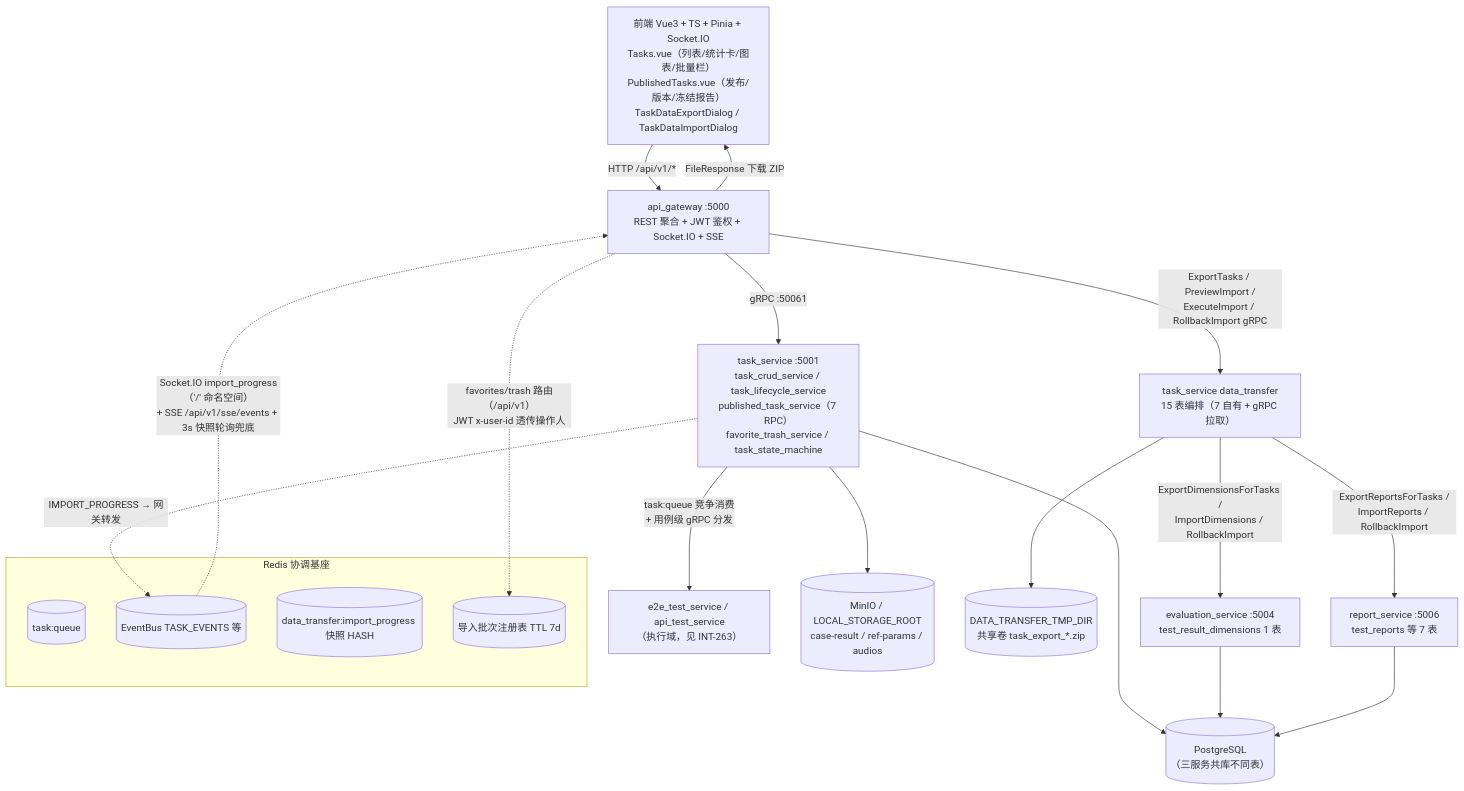
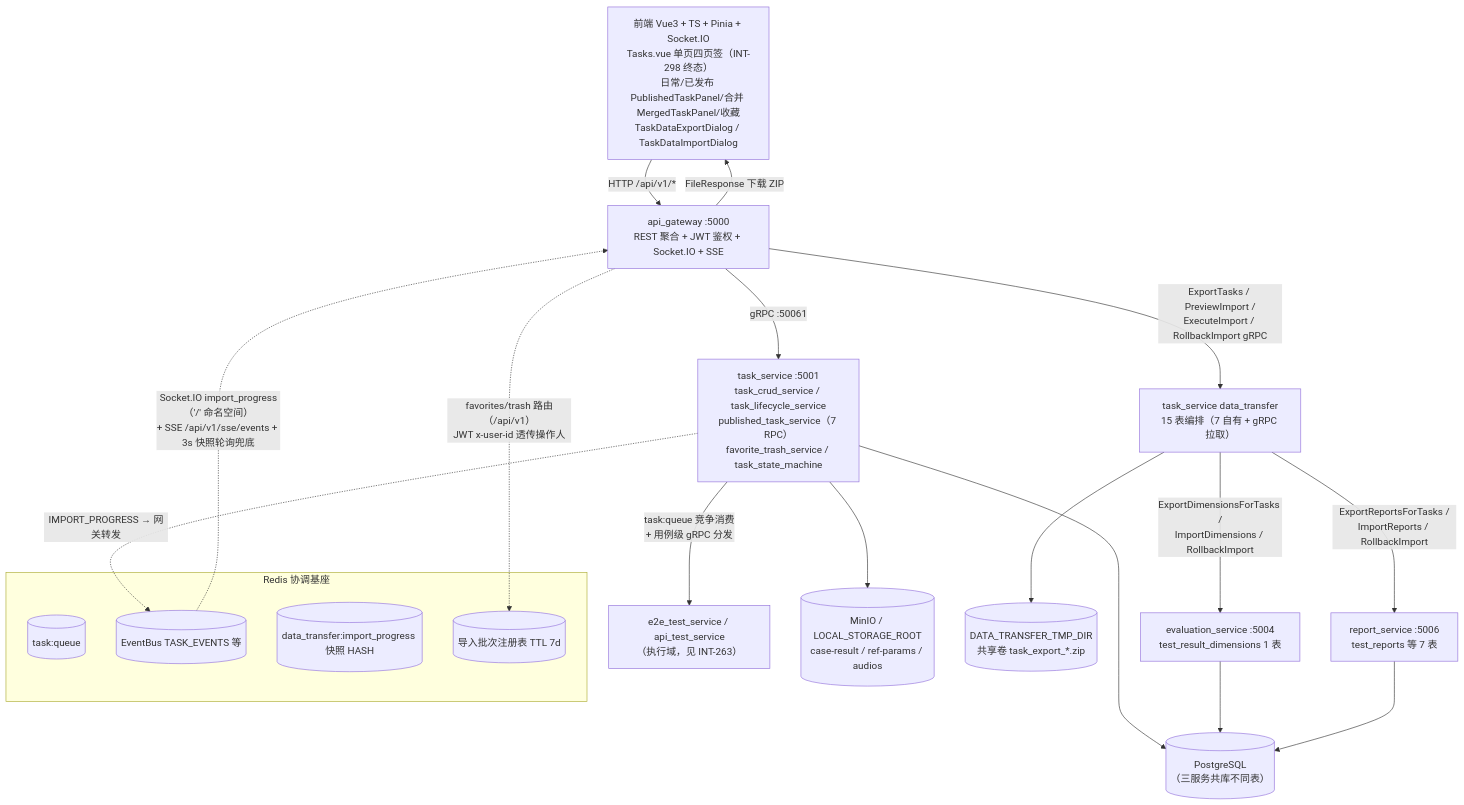
The second of 3 diagrams in Intelligent-Audio-TEST/doc/验收/INT-265.md (ydz-auto/intelligent_audio_test), drawn with Mermaid before and after one commit. The commit also changed other lines of this file, not shown here.

Commit message:
INT-265 验收包 B. 任务管理——终态复核增补（实现演进裁定）：INT-298 三页签回迁落地后按承诺更新本包（§1.2 图/差异#11/手册 A-B1-B5-C3-D2-D3-E1-E7/§5-#3-5-7-8-10-12/§6 判定）；INT-208 口径裁定 A 已实现关闭；INT-299/257 done、INT-303 落地记录；复核基线 c59c1dfc

````diff
--- a/Intelligent-Audio-TEST/doc/验收/INT-265.md
+++ b/Intelligent-Audio-TEST/doc/验收/INT-265.md
@@ -31,22 +33,22 @@
 ```mermaid
 flowchart TB
-    FE["前端 Vue3 + TS + Pinia + Socket.IO<br/>Tasks.vue（列表/统计卡/图表/批量栏）<br/>PublishedTasks.vue（发布/版本/冻结报告）<br/>TaskDataExportDialog / TaskDataImportDialog"] -->|"HTTP /api/v1/*"| GW["api_gateway :5000<br/>REST 聚合 + JWT 鉴权 + Socket.IO + SSE"]
+    FE["前端 Vue3 + TS + Pinia + Socket.IO<br/>Tasks.vue 单页四页签（INT-298 终态）<br/>日常/已发布 PublishedTaskPanel/合并 MergedTaskPanel/收藏<br/>TaskDataExportDialog / TaskDataImportDialog"] -->|"HTTP /api/v1/*"| GW["api_gateway :5000<br/>REST 聚合 + JWT 鉴权 + Socket.IO + SSE"]
     GW -->|"gRPC :50061"| TS["task_service :5001<br/>task_crud_service / task_lifecycle_service<br/>published_task_service（7 RPC）<br/>favorite_trash_service / task_state_machine"]
     TS -->|"task:queue 竞争消费<br/>+ 用例级 gRPC 分发"| EXE["e2e_test_service / api_test_service<br/>（执行域，见 INT-263）"]
     GW -->|"ExportTasks / PreviewImport /<br/>ExecuteImport / RollbackImport gRPC"| DT["task_service data_transfer<br/>15 表编排（7 自有 + gRPC 拉取）"]
     DT -->|"ExportDimensionsForTasks /<br/>ImportDimensions / RollbackImport"| EVA["evaluation_service :5004<br/>test_result_dimensions 1 表"]
     DT -->|"ExportReportsForTasks /<br/>ImportReports / RollbackImport"| REP["report_service :5006<br/>test_reports 等 7 表"]
     TS & EVA & REP --> PG[("PostgreSQL<br/>（三服务共库不同表）")]
     TS --> OSS[("MinIO / LOCAL_STORAGE_ROOT<br/>case-result / ref-params / audios")]
     DT --> ZIP[("DATA_TRANSFER_TMP_DIR<br/>共享卷 task_export_*.zip")]
     GW -->|"FileResponse 下载 ZIP"| FE
     subgraph RD["Redis 协调基座"]
       Q[("task:queue")]
       EB[("EventBus TASK_EVENTS 等")]
       SN[("data_transfer:import_progress 快照 HASH")]
       FV[("导入批次注册表 TTL 7d")]
     end
     TS -.->|"IMPORT_PROGRESS → 网关转发"| EB
     EB -.->|"Socket.IO import_progress（'/' 命名空间）<br/>+ SSE /api/v1/sse/events + 3s 快照轮询兜底"| GW
     GW -.->|"favorites/trash 路由（/api/v1）<br/>JWT x-user-id 透传操作人"| FV
 ```
````
